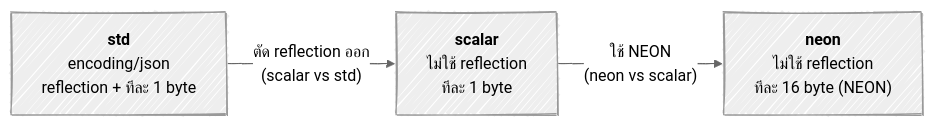
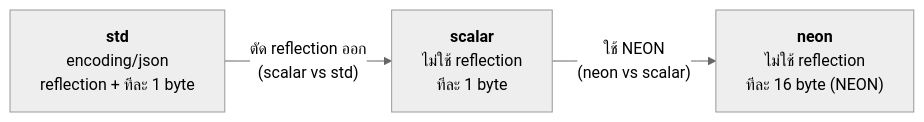
Before and after one commit to ukritfongsomboon/benchmark_arm64_vs_x86_json: the first of 2 diagrams in README.md, drawn with Mermaid. The commit also changed other lines of this file, not shown here.

````diff
--- a/README.md
+++ b/README.md
@@ -53,14 +53,13 @@
 ```mermaid
 ---
 config:
-  look: handDrawn
   theme: neutral
 ---
 flowchart LR
     std["<b>std</b><br/>encoding/json<br/>reflection + ทีละ 1 byte"]
     scalar["<b>scalar</b><br/>ไม่ใช้ reflection<br/>ทีละ 1 byte"]
     neon["<b>neon</b><br/>ไม่ใช้ reflection<br/>ทีละ 16 byte (NEON)"]
 
     std -- "ตัด reflection ออก<br/>(scalar vs std)" --> scalar
     scalar -- "ใช้ NEON<br/>(neon vs scalar)" --> neon
 ```
````
